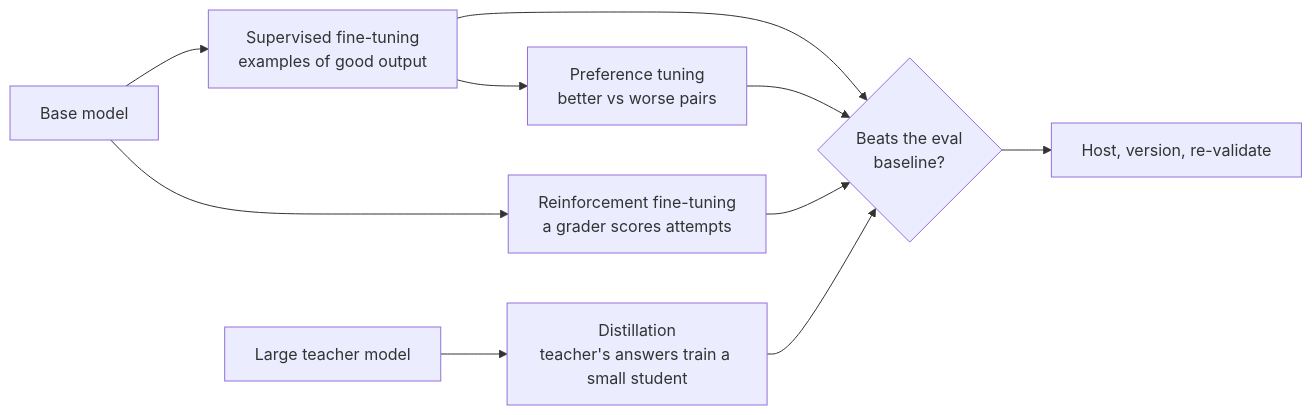
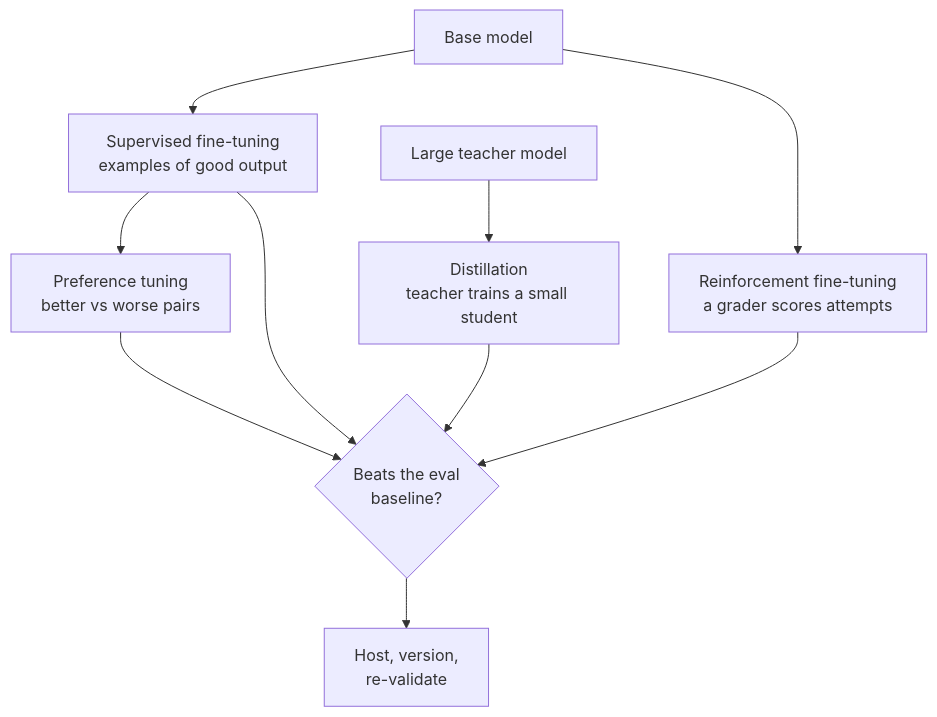
Before and after one commit to daneb/ai-system-design-primer: the diagram in images/src/3.18-model-adaptation.mmd, drawn with Mermaid. The commit also changed 151 other files, not shown here.

```diff
--- a/images/src/3.18-model-adaptation.mmd
+++ b/images/src/3.18-model-adaptation.mmd
@@ -1,7 +1,9 @@
-%% alt: Diagram for 3.18 Model adaptation: Base model, Supervised fine-tuning examples of good output, Preference tuning better vs worse pairs, Reinforcement fine-tuning a grader scores attempts, Large teacher model
-flowchart LR
-  B[Base model] --> SFT[Supervised fine-tuning<br/>examples of good output]
-  SFT --> PREF[Preference tuning<br/>better vs worse pairs]
-  B --> RFT[Reinforcement fine-tuning<br/>a grader scores attempts]
-  T[Large teacher model] --> DIST[Distillation<br/>teacher's answers train a small student]
-  SFT & PREF & RFT & DIST --> E{Beats the eval<br/>baseline?} --> H[Host, version, re-validate]
+%% alt: Four ways to adapt a model. From a base model: supervised fine-tuning on examples of good output, optionally followed by preference tuning on better-versus-worse pairs, or reinforcement fine-tuning where a grader scores attempts. From a large teacher model: distillation, where the teacher's answers train a small student. Each result must beat the eval baseline before it is hosted, versioned and re-validated.
+flowchart TB
+  B[Base model]:::model --> SFT[Supervised fine-tuning<br/>examples of good output]:::tool
+  SFT --> PREF[Preference tuning<br/>better vs worse pairs]:::tool
+  B --> RFT[Reinforcement fine-tuning<br/>a grader scores attempts]:::tool
+  T[Large teacher model]:::model --> DIST[Distillation<br/>teacher trains a small student]:::tool
+  PREF & RFT & DIST --> E{Beats the eval<br/>baseline?}:::control
+  SFT --> E
+  E --> H[Host, version,<br/>re-validate]:::tool
```
